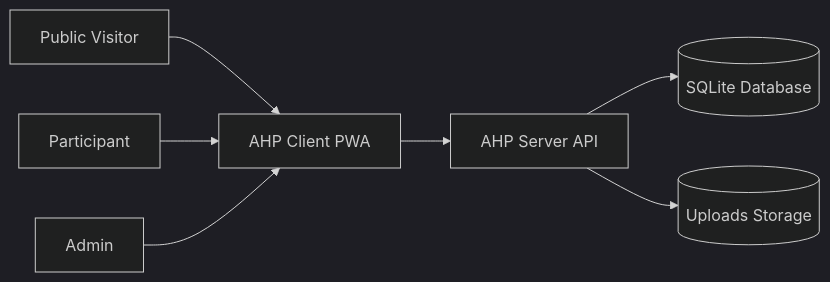
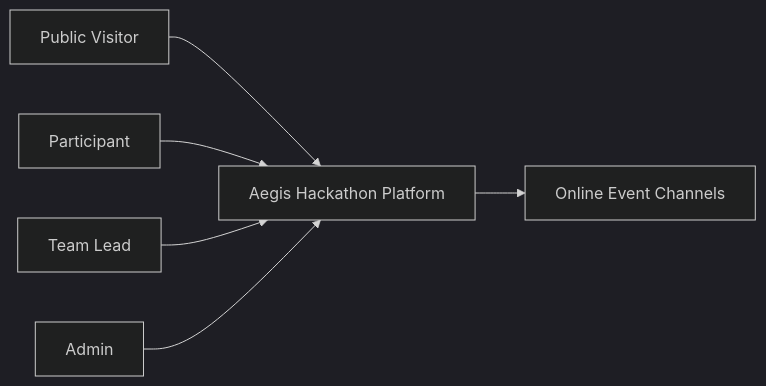
The first of 4 diagrams in system.md (uwenayoallain/ahp), drawn with Mermaid (dark theme) before and after one commit. The commit also changed other lines of this file, not shown here.

````diff
--- a/system.md
+++ b/system.md
@@ -108,19 +129,17 @@
 ```mermaid
 flowchart LR
   public[Public Visitor]
   participant[Participant]
+  lead[Team Lead]
   admin[Admin]
 
-  client[AHP Client PWA]
-  server[AHP Server API]
-  db[(SQLite Database)]
-  uploads[(Uploads Storage)]
+  platform[Aegis Hackathon Platform]
+  channels[Online Event Channels]
 
-  public --> client
-  participant --> client
-  admin --> client
+  public --> platform
+  participant --> platform
+  lead --> platform
+  admin --> platform
 
-  client --> server
-  server --> db
-  server --> uploads
+  platform --> channels
 ```
````
